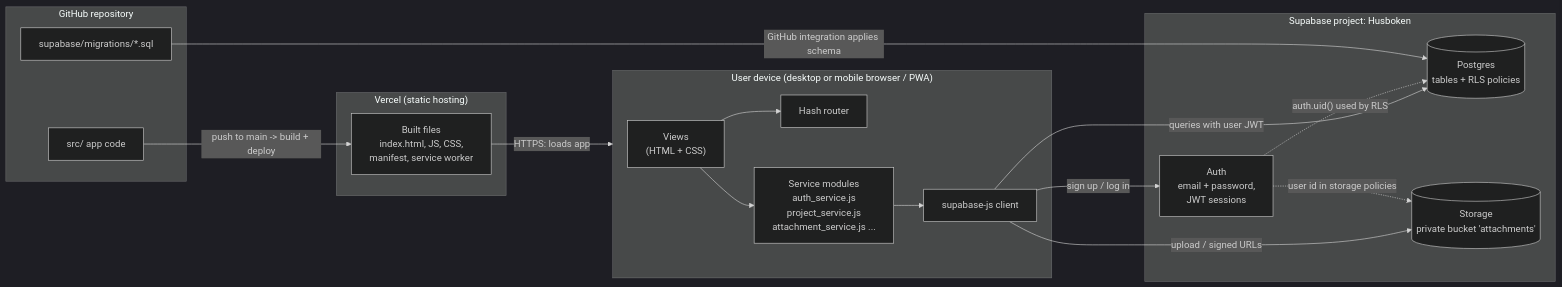
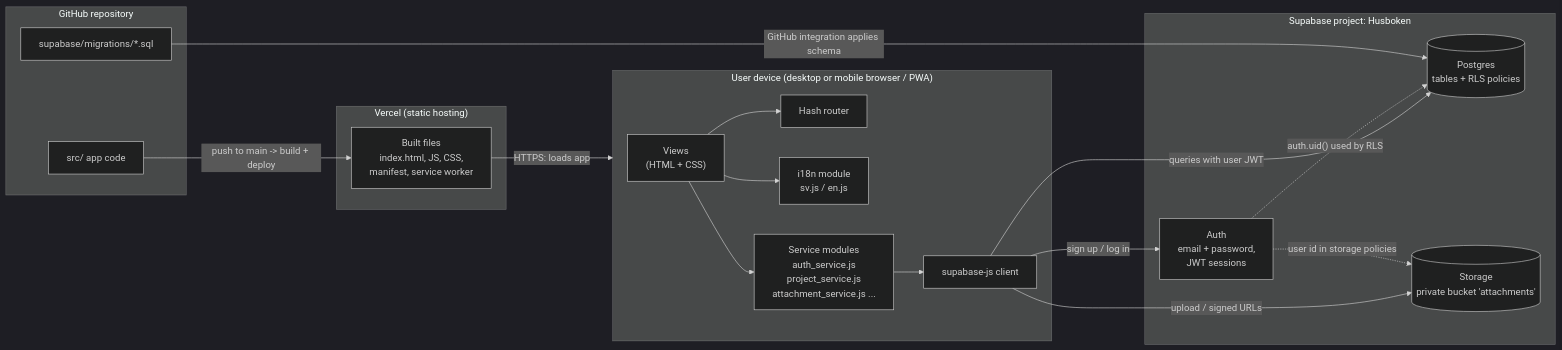
One commit to BernMat/Husboken changed the diagram in CLAUDE.md. Above: the diagram before and after it, drawn with Mermaid (dark theme). The commit also changed other lines of this file and 27 other files, not shown here.

First line of the commit message:
Initial project skeleton, i18n (sv/en) and database schema

````diff
--- a/CLAUDE.md
+++ b/CLAUDE.md
@@ -59,36 +61,38 @@
 ```mermaid
 flowchart LR
     subgraph Client["User device (desktop or mobile browser / PWA)"]
         UI["Views<br/>(HTML + CSS)"]
         Router["Hash router"]
+        I18n["i18n module<br/>sv.js / en.js"]
         Services["Service modules<br/>auth_service.js<br/>project_service.js<br/>attachment_service.js ..."]
         SDK["supabase-js client"]
         UI --> Router
+        UI --> I18n
         UI --> Services
         Services --> SDK
     end
 
     subgraph Vercel["Vercel (static hosting)"]
         Static["Built files<br/>index.html, JS, CSS,<br/>manifest, service worker"]
     end
 
     subgraph Supabase["Supabase project: Husboken"]
         Auth["Auth<br/>email + password,<br/>JWT sessions"]
         DB[("Postgres<br/>tables + RLS policies")]
         Storage[("Storage<br/>private bucket 'attachments'")]
     end
 
     subgraph GitHub["GitHub repository"]
         Code["src/ app code"]
         Migrations["supabase/migrations/*.sql"]
     end
 
     Static -- "HTTPS: loads app" --> Client
     SDK -- "sign up / log in" --> Auth
     SDK -- "queries with user JWT" --> DB
     SDK -- "upload / signed URLs" --> Storage
     Auth -. "auth.uid() used by RLS" .-> DB
     Auth -. "user id in storage policies" .-> Storage
     Code -- "push to main -> build + deploy" --> Static
     Migrations -- "GitHub integration applies schema" --> DB
 ```
````
